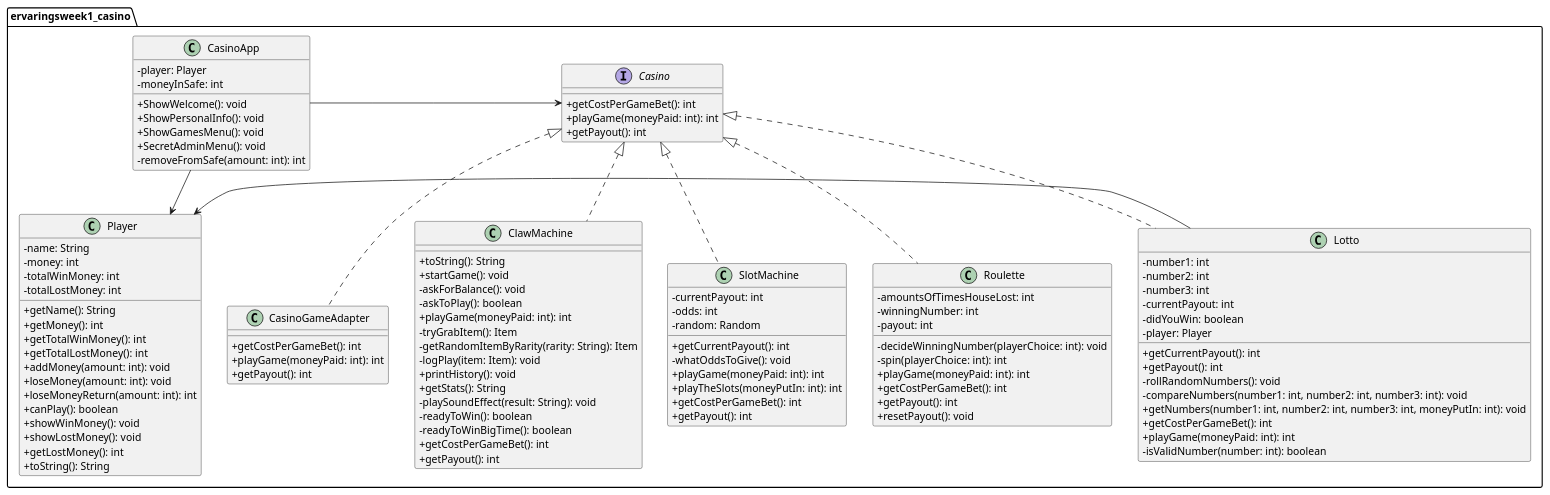
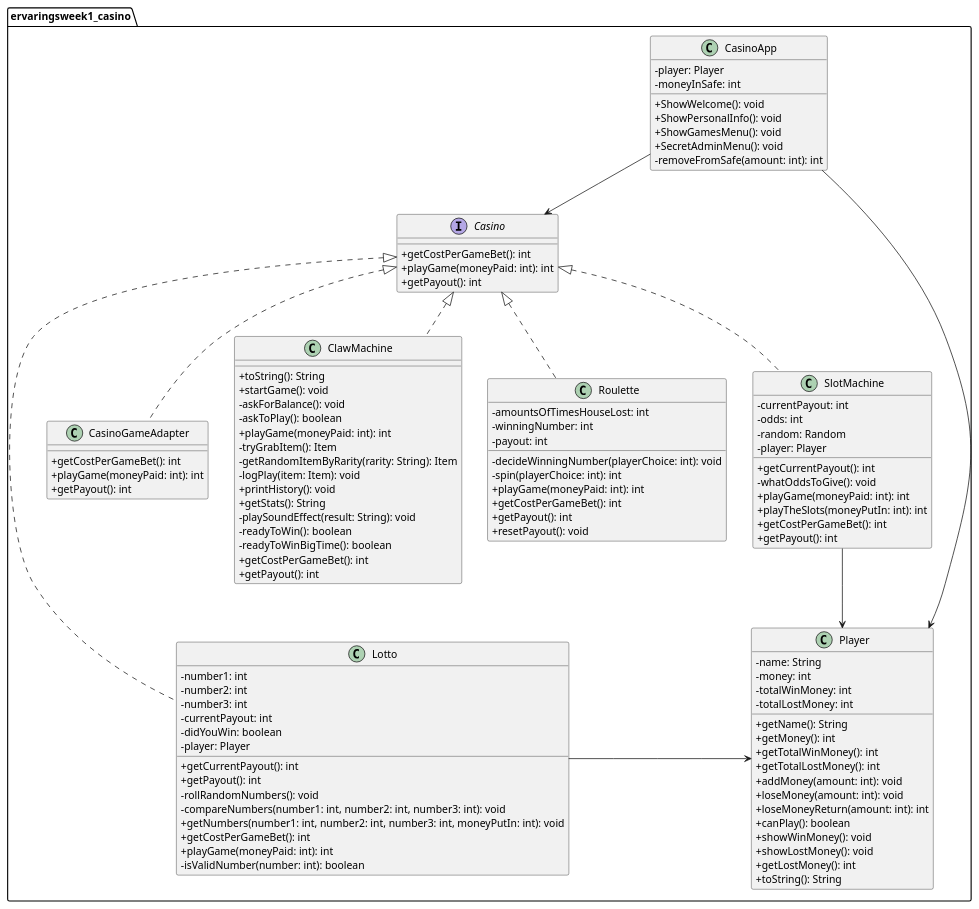
One commit to BramLab/Ervaringsweek1_Casino changed the diagram in Casino/Info/ClassDiagramErvaringsweek1.puml. Above: the diagram before and after it, drawn with PlantUML. The commit also changed 6 other files, not shown here.

```diff
--- a/Casino/Info/ClassDiagramErvaringsweek1.puml
+++ b/Casino/Info/ClassDiagramErvaringsweek1.puml
@@ -1,125 +1,127 @@
 @startuml
 ' Package
 package "ervaringsweek1_casino" {
 
 skinparam classAttributeIconSize 0
 
 ' =========================
 ' Interfaces
 ' =========================
 
 interface Casino {
     + getCostPerGameBet(): int
     + playGame(moneyPaid: int): int
     + getPayout(): int
 }
 
 ' =========================
 ' Classes
 ' =========================
 
 class CasinoApp {
     - player: Player
     - moneyInSafe: int
     + ShowWelcome(): void
     + ShowPersonalInfo(): void
     + ShowGamesMenu(): void
     + SecretAdminMenu(): void
     - removeFromSafe(amount: int): int
 }
 
 class CasinoGameAdapter implements Casino {
     + getCostPerGameBet(): int
     + playGame(moneyPaid: int): int
     + getPayout(): int
 }
 
 class ClawMachine implements Casino {
     + toString(): String
     + startGame(): void
     - askForBalance(): void
     - askToPlay(): boolean
     + playGame(moneyPaid: int): int
     - tryGrabItem(): Item
     - getRandomItemByRarity(rarity: String): Item
     - logPlay(item: Item): void
     + printHistory(): void
     + getStats(): String
     - playSoundEffect(result: String): void
     - readyToWin(): boolean
     - readyToWinBigTime(): boolean
     + getCostPerGameBet(): int
     + getPayout(): int
 }
 
 class SlotMachine implements Casino {
     - currentPayout: int
     - odds: int
     - random: Random
+    - player: Player
     + getCurrentPayout(): int
     - whatOddsToGive(): void
     + playGame(moneyPaid: int): int
     + playTheSlots(moneyPutIn: int): int
     + getCostPerGameBet(): int
     + getPayout(): int
 }
 
 class Lotto implements Casino {
     - number1: int
     - number2: int
     - number3: int
     - currentPayout: int
     - didYouWin: boolean
     - player: Player
     + getCurrentPayout(): int
     + getPayout(): int
     - rollRandomNumbers(): void
     - compareNumbers(number1: int, number2: int, number3: int): void
     + getNumbers(number1: int, number2: int, number3: int, moneyPutIn: int): void
     + getCostPerGameBet(): int
     + playGame(moneyPaid: int): int
     - isValidNumber(number: int): boolean
 }
 
 class Roulette implements Casino {
     - amountsOfTimesHouseLost: int
     - winningNumber: int
     - payout: int
     - decideWinningNumber(playerChoice: int): void
     - spin(playerChoice: int): int
     + playGame(moneyPaid: int): int
     + getCostPerGameBet(): int
     + getPayout(): int
     + resetPayout(): void
 }
 
 class Player {
     - name: String
     - money: int
     - totalWinMoney: int
     - totalLostMoney: int
     + getName(): String
     + getMoney(): int
     + getTotalWinMoney(): int
     + getTotalLostMoney(): int
     + addMoney(amount: int): void
     + loseMoney(amount: int): void
     + loseMoneyReturn(amount: int): int
     + canPlay(): boolean
     + showWinMoney(): void
     + showLostMoney(): void
     + getLostMoney(): int
     + toString(): String
 }
 
 }
 
 ' =========================
 ' Associations et dépendances (liens)
 ' =========================
 
 CasinoApp --> Player
-CasinoApp -> Casino
+CasinoApp --> Casino
+SlotMachine --> Player
 Lotto -> Player
 
 @enduml
```
